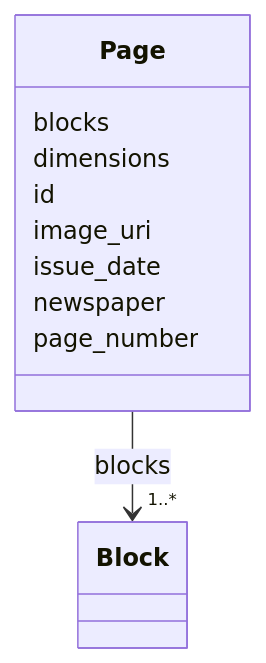
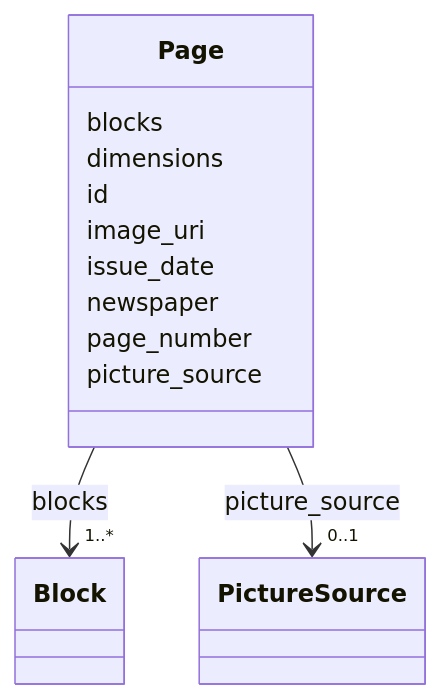
The diagram in linkml/generated/docs/pages/Page.md (dsmedia/pruzhany-schema), drawn with Mermaid before and after one commit. The commit also changed other lines of this file and 103 other files, not shown here.

First line of the commit message:
Where a picture comes from: the catalog's papers, an issue's page, a page's own source

````diff
--- a/linkml/generated/docs/pages/Page.md
+++ b/linkml/generated/docs/pages/Page.md
@@ -23,29 +23,40 @@
 ```mermaid
  classDiagram
     class Page
     click Page href "../Page/"
       Page : blocks
         
           
     
         
         
         Page --> "1..*" Block : blocks
         click Block href "../Block/"
     
 
         
       Page : dimensions
         
       Page : id
         
       Page : image_uri
         
       Page : issue_date
         
       Page : newspaper
         
       Page : page_number
         
+      Page : picture_source
+        
+          
+    
+        
+        
+        Page --> "0..1" PictureSource : picture_source
+        click PictureSource href "../PictureSource/"
+    
+
+        
       
 ```
````
